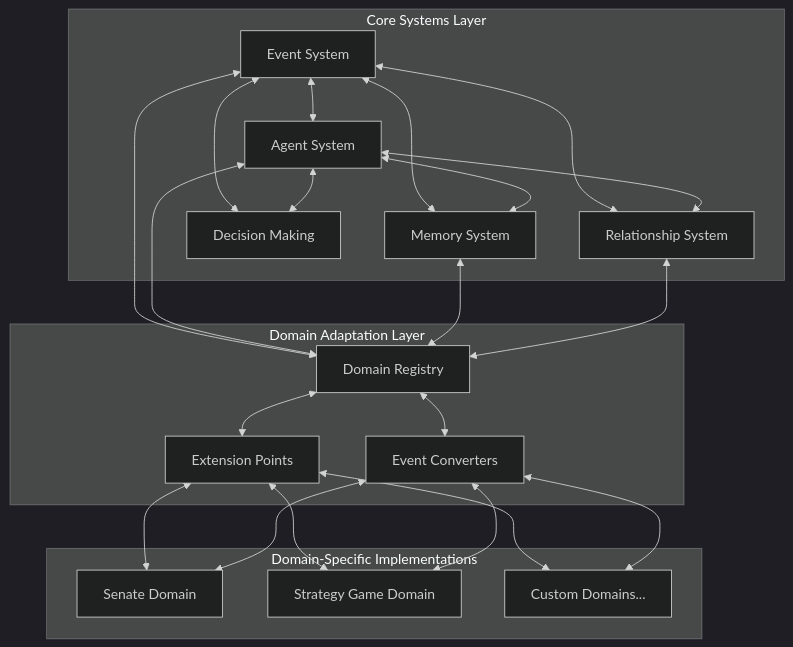
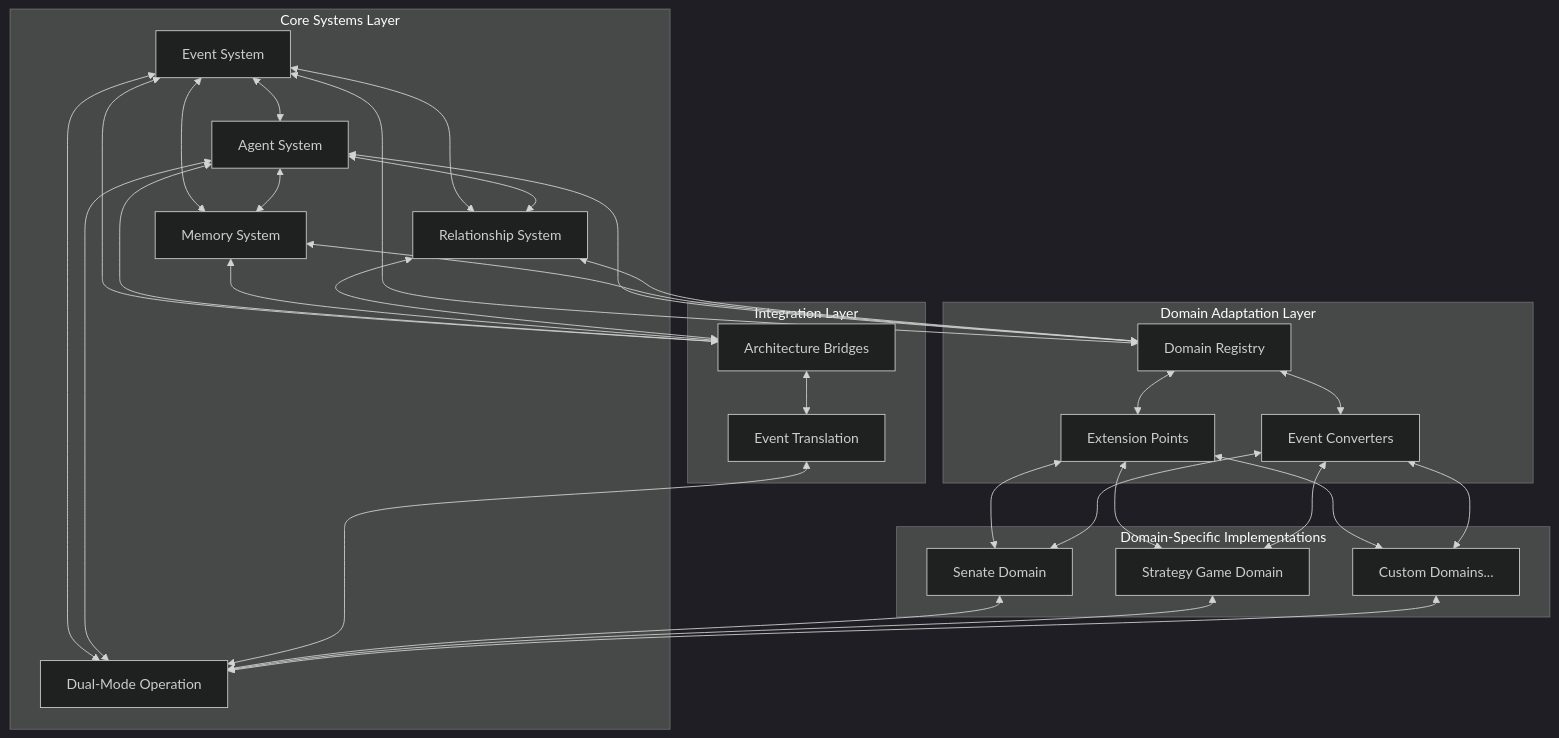
One commit to ianlintner/forum changed the first of 12 diagrams in docs/agentic_framework/architecture.md. Above: the diagram before and after it, drawn with Mermaid (dark theme). The commit also changed other lines of this file and 13 other files, not shown here.

````diff
--- a/docs/agentic_framework/architecture.md
+++ b/docs/agentic_framework/architecture.md
@@ -36,46 +41,64 @@
 ```mermaid
 flowchart TD
     subgraph "Core Systems Layer"
         ES[Event System]
         AS[Agent System]
         MS[Memory System]
         RS[Relationship System]
         DM[Decision Making]
     end
 
     subgraph "Domain Adaptation Layer"
         DR[Domain Registry]
         EP[Extension Points]
         EC[Event Converters]
+    end
+    
+    subgraph "Integration Layer"
+        AB[Architecture Bridges]
+        ET[Event Translation]
+        DM[Dual-Mode Operation]
     end
 
     subgraph "Domain-Specific Implementations"
         SD[Senate Domain]
         SGD[Strategy Game Domain]
         CD[Custom Domains...]
     end
 
     ES <--> AS
     ES <--> MS
     ES <--> RS
     ES <--> DM
     AS <--> MS
     AS <--> RS
     AS <--> DM
     
     ES <--> DR
     AS <--> DR
     MS <--> DR
     RS <--> DR
     
     DR <--> EP
     DR <--> EC
     
     EP <--> SD
     EP <--> SGD
     EP <--> CD
     
     EC <--> SD
     EC <--> SGD
     EC <--> CD
+    
+    ES <--> AB
+    AS <--> AB
+    MS <--> AB
+    RS <--> AB
+    
+    AB <--> ET
+    ET <--> DM
+    
+    SD <--> DM
+    SGD <--> DM
+    CD <--> DM
 ```
````
